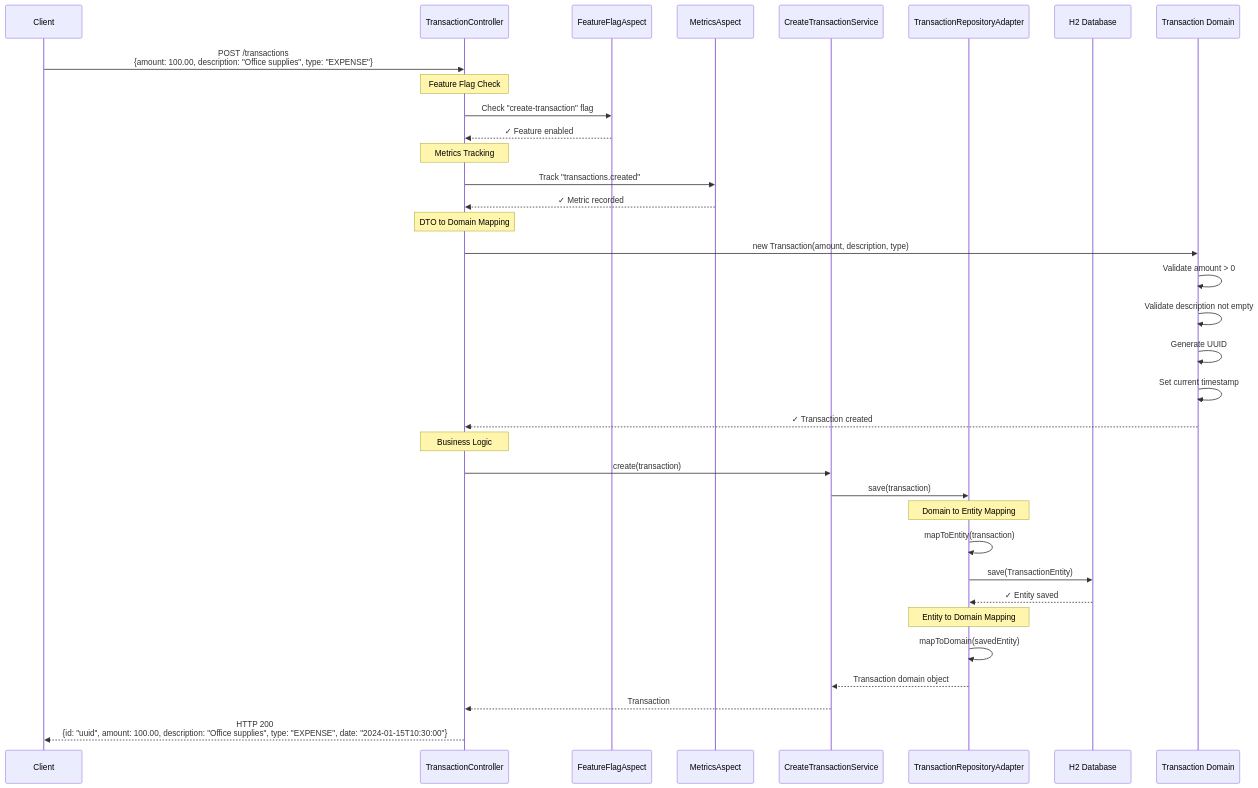
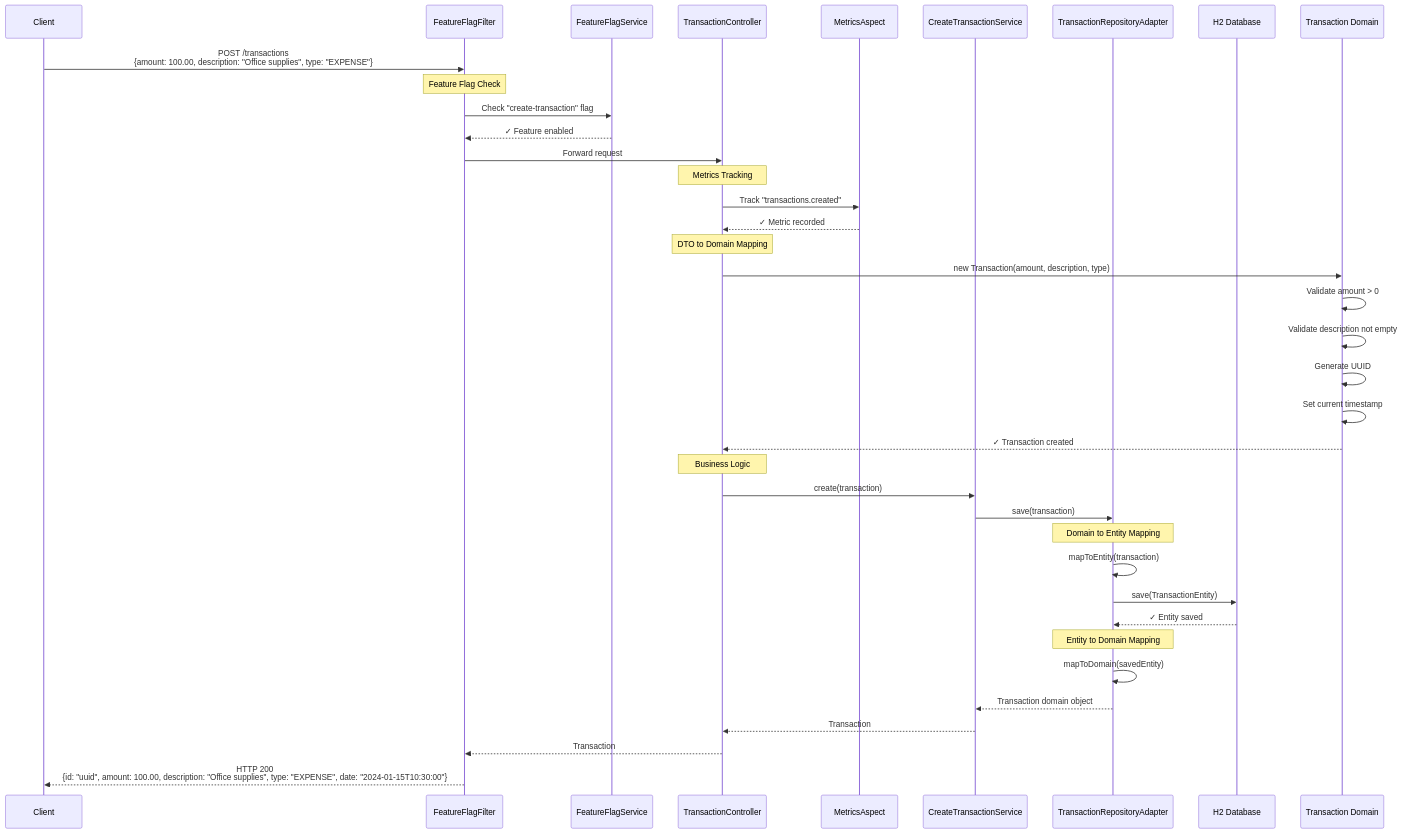
The diagram in docs/diagrams/use-case-creation.mmd (noyqdave/accounting-ledger-service), drawn with Mermaid before and after one commit. The commit also changed 2 other files, not shown here.

Commit message:
Remove all remaining FeatureFlagAspect references from use case diagrams
- Update use-case-creation.mmd to show FeatureFlagFilter
- Update use-case-retrieval.mmd to show FeatureFlagFilter
- Update use-case-invalid-data.mmd to show FeatureFlagFilter
- All diagrams now consistently show filter-based feature flag approach

```diff
--- a/docs/diagrams/use-case-creation.mmd
+++ b/docs/diagrams/use-case-creation.mmd
@@ -1,42 +1,45 @@
 sequenceDiagram
     participant Client
+    participant Filter as FeatureFlagFilter
+    participant FFS as FeatureFlagService
     participant Controller as TransactionController
-    participant FFA as FeatureFlagAspect
     participant MA as MetricsAspect
     participant Service as CreateTransactionService
     participant Adapter as TransactionRepositoryAdapter
     participant DB as H2 Database
     participant Domain as Transaction Domain
     
-    Client->>Controller: POST /transactions<br/>{amount: 100.00, description: "Office supplies", type: "EXPENSE"}
+    Client->>Filter: POST /transactions<br/>{amount: 100.00, description: "Office supplies", type: "EXPENSE"}
     
-    Note over Controller: Feature Flag Check
-    Controller->>FFA: Check "create-transaction" flag
-    FFA-->>Controller: ✓ Feature enabled
+    Note over Filter: Feature Flag Check
+    Filter->>FFS: Check "create-transaction" flag
+    FFS-->>Filter: ✓ Feature enabled
+    Filter->>Controller: Forward request
     
     Note over Controller: Metrics Tracking
     Controller->>MA: Track "transactions.created"
     MA-->>Controller: ✓ Metric recorded
     
     Note over Controller: DTO to Domain Mapping
     Controller->>Domain: new Transaction(amount, description, type)
     Domain->>Domain: Validate amount > 0
     Domain->>Domain: Validate description not empty
     Domain->>Domain: Generate UUID
     Domain->>Domain: Set current timestamp
     Domain-->>Controller: ✓ Transaction created
     
     Note over Controller: Business Logic
     Controller->>Service: create(transaction)
     Service->>Adapter: save(transaction)
     
     Note over Adapter: Domain to Entity Mapping
     Adapter->>Adapter: mapToEntity(transaction)
     Adapter->>DB: save(TransactionEntity)
     DB-->>Adapter: ✓ Entity saved
     
     Note over Adapter: Entity to Domain Mapping
     Adapter->>Adapter: mapToDomain(savedEntity)
     Adapter-->>Service: Transaction domain object
     Service-->>Controller: Transaction
-    Controller-->>Client: HTTP 200<br/>{id: "uuid", amount: 100.00, description: "Office supplies", type: "EXPENSE", date: "2024-01-15T10:30:00"}
+    Controller-->>Filter: Transaction
+    Filter-->>Client: HTTP 200<br/>{id: "uuid", amount: 100.00, description: "Office supplies", type: "EXPENSE", date: "2024-01-15T10:30:00"}
```
